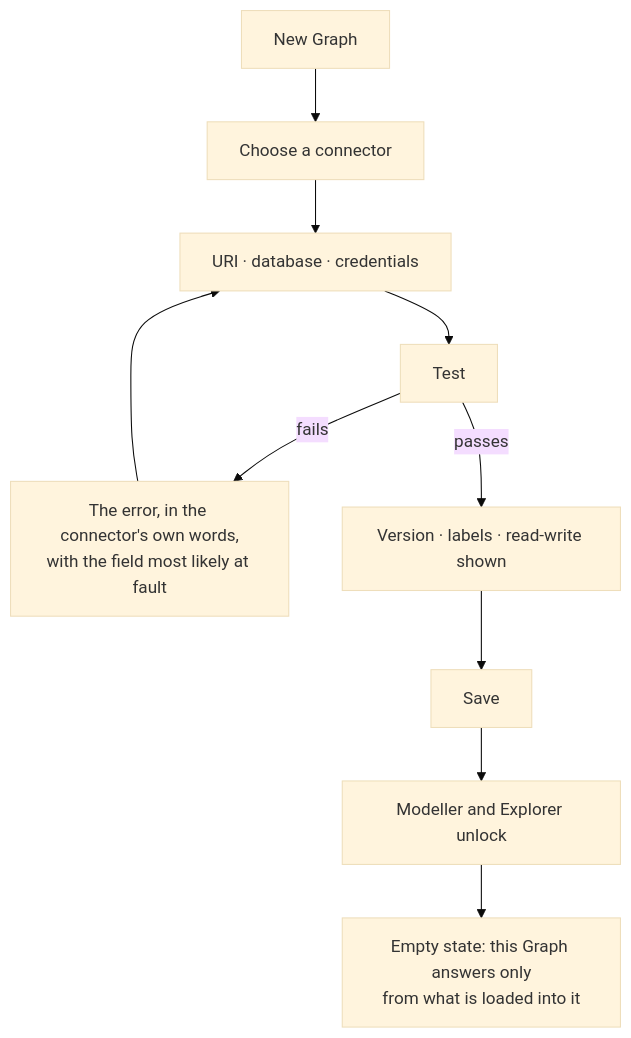
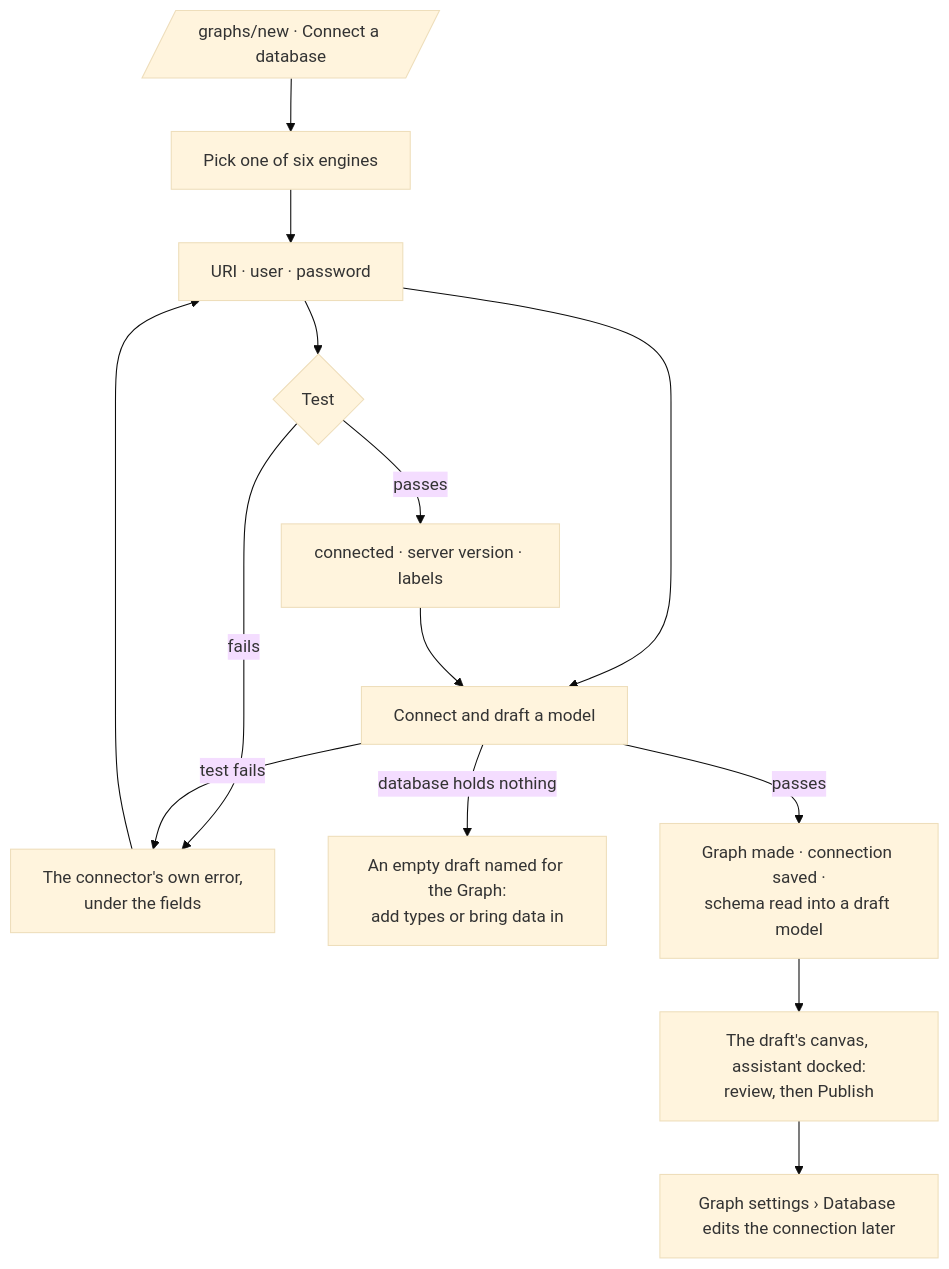
Before and after one commit to invana/invana: the diagram in docs/for-developers/modules/connect-and-model/features/connect-a-database.md, drawn with Mermaid (base theme). The commit also changed other lines of this file and 359 other files, not shown here.

````diff
--- a/docs/for-developers/modules/connect-and-model/features/connect-a-database.md
+++ b/docs/for-developers/modules/connect-and-model/features/connect-a-database.md
@@ -31,12 +32,16 @@
 ```mermaid
 flowchart TD
-    A[New Graph] --> B[Choose a connector]
-    B --> C[URI · database · credentials]
-    C --> D[Test]
-    D -->|fails| E[The error, in the connector's own words,<br/>with the field most likely at fault]
+    A[/graphs/new · Connect a database/] --> B[Pick one of six engines]
+    B --> C[URI · user · password]
+    C --> D{Test}
+    D -->|fails| E[The connector's own error,<br/>under the fields]
     E --> C
-    D -->|passes| F[Version · labels · read-write shown]
-    F --> G[Save]
-    G --> H[Modeller and Explorer unlock]
-    H --> I[Empty state: this Graph answers only<br/>from what is loaded into it]
+    D -->|passes| F[connected · server version · labels]
+    C --> G[Connect and draft a model]
+    F --> G
+    G -->|test fails| E
+    G -->|database holds nothing| H[An empty draft named for the Graph:<br/>add types or bring data in]
+    G -->|passes| I[Graph made · connection saved ·<br/>schema read into a draft model]
+    I --> J[The draft's canvas, assistant docked:<br/>review, then Publish]
+    J --> K[Graph settings › Database edits the connection later]
 ```
````
